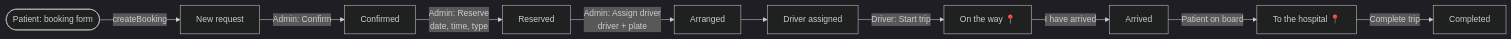
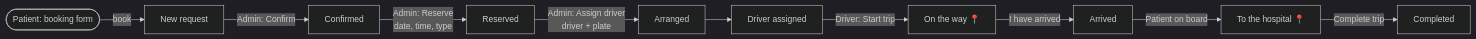
The diagram in webside koru/README.md (sacadGodin/koru-transport), drawn with Mermaid (dark theme) before and after one commit. The commit also changed other lines of this file and 20 other files, not shown here.

````diff
--- a/webside koru/README.md
+++ b/webside koru/README.md
@@ -188,12 +188,12 @@
 ```mermaid
 flowchart LR
-  P([Patient: booking form]) -->|createBooking| N[New request]
+  P([Patient: booking form]) -->|book| N[New request]
   N -->|Admin: Confirm| C[Confirmed]
   C -->|Admin: Reserve<br/>date, time, type| R[Reserved]
   R -->|Admin: Assign driver<br/>driver + plate| A[Arranged]
   A --> T1[Driver assigned]
   T1 -->|Driver: Start trip| T2[On the way 📍]
   T2 -->|I have arrived| T3[Arrived]
   T3 -->|Patient on board| T4[To the hospital 📍]
   T4 -->|Complete trip| T5[Completed]
 ```
````
